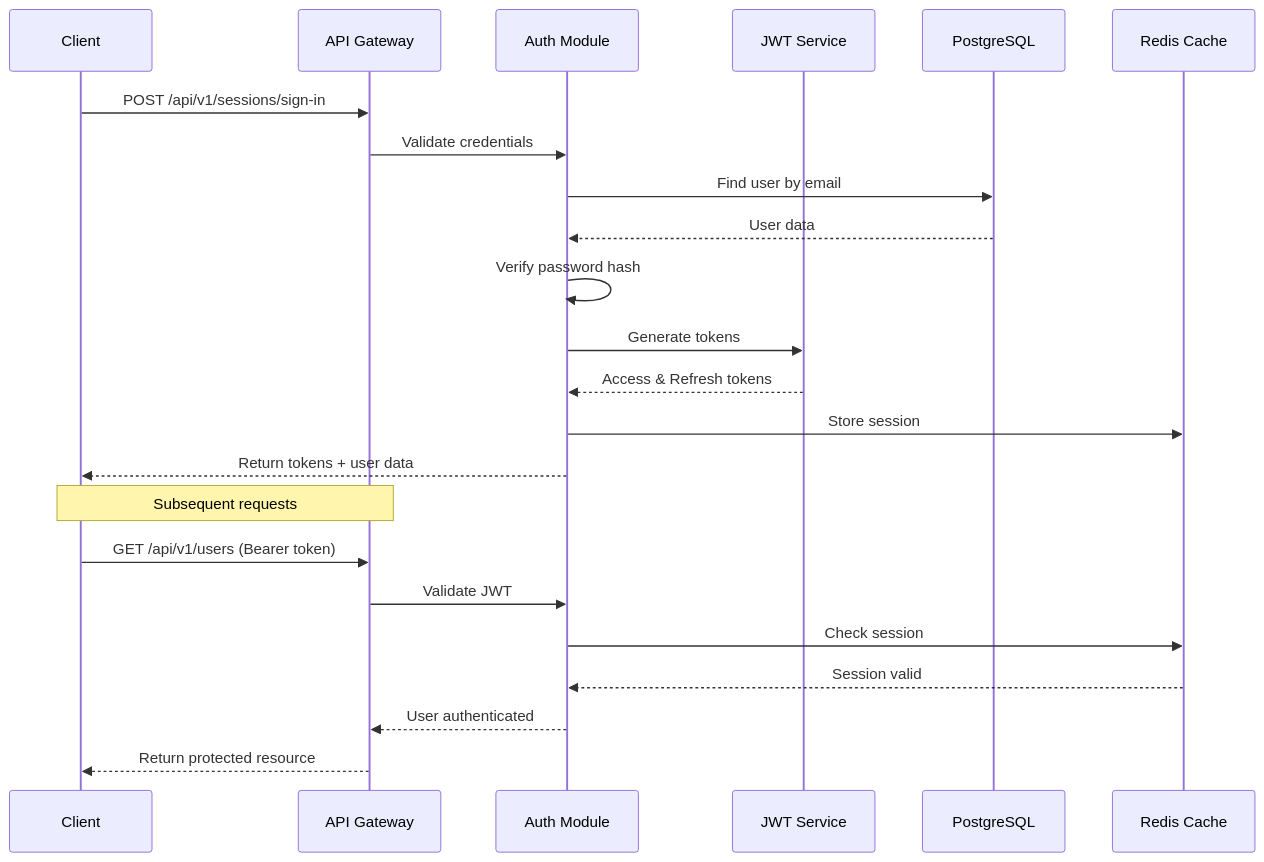
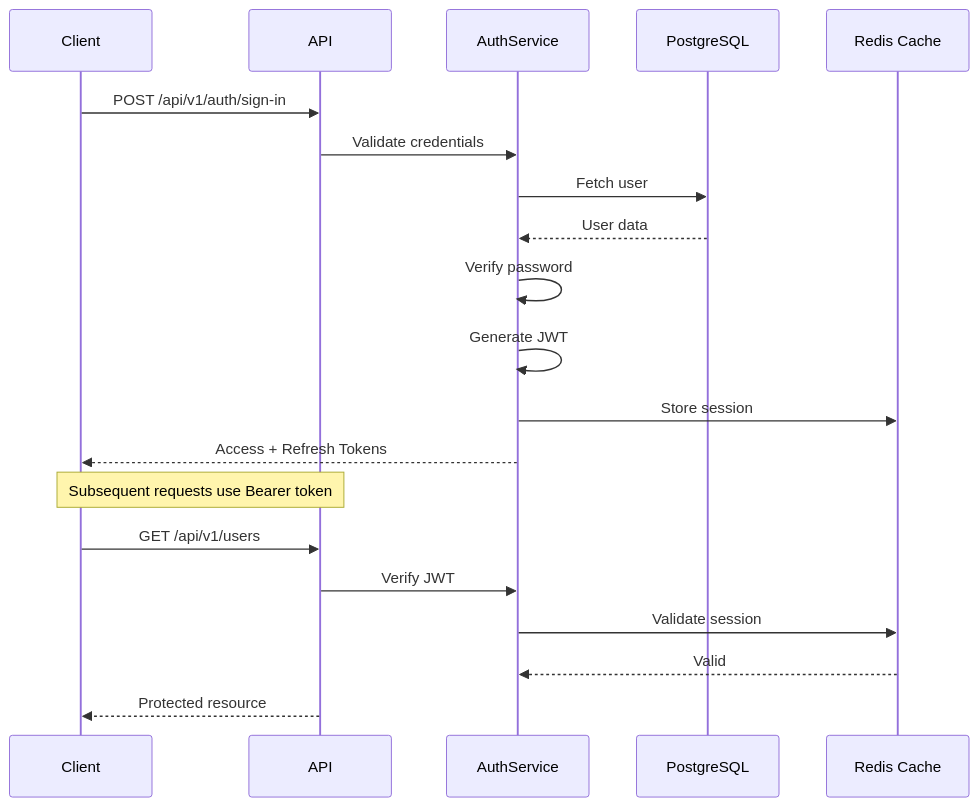
Before and after one commit to omelab/nest-acl-api: the second of 2 diagrams in README.md, drawn with Mermaid. The commit also changed other lines of this file, not shown here.

````diff
--- a/README.md
+++ b/README.md
@@ -116,28 +103,25 @@
 ```mermaid
 sequenceDiagram
-    participant C as Client
-    participant API as API Gateway
-    participant AUTH as Auth Module
-    participant JWT as JWT Service
+    participant Client
+    participant API
+    participant Auth as AuthService
     participant DB as PostgreSQL
-    participant REDIS as Redis Cache
+    participant Redis as Redis Cache
 
-    C->>API: POST /api/v1/sessions/sign-in
-    API->>AUTH: Validate credentials
-    AUTH->>DB: Find user by email
-    DB-->>AUTH: User data
-    AUTH->>AUTH: Verify password hash
-    AUTH->>JWT: Generate tokens
-    JWT-->>AUTH: Access & Refresh tokens
-    AUTH->>REDIS: Store session
-    AUTH-->>C: Return tokens + user data
+    Client->>API: POST /api/v1/auth/sign-in
+    API->>Auth: Validate credentials
+    Auth->>DB: Fetch user
+    DB-->>Auth: User data
+    Auth->>Auth: Verify password
+    Auth->>Auth: Generate JWT
+    Auth->>Redis: Store session
+    Auth-->>Client: Access + Refresh Tokens
 
-    Note over C,API: Subsequent requests
+    Note over Client,API: Subsequent requests use Bearer token
 
-    C->>API: GET /api/v1/users (Bearer token)
-    API->>AUTH: Validate JWT
-    AUTH->>REDIS: Check session
-    REDIS-->>AUTH: Session valid
-    AUTH-->>API: User authenticated
-    API-->>C: Return protected resource
+    Client->>API: GET /api/v1/users
+    API->>Auth: Verify JWT
+    Auth->>Redis: Validate session
+    Redis-->>Auth: Valid
+    API-->>Client: Protected resource
 ```
````
